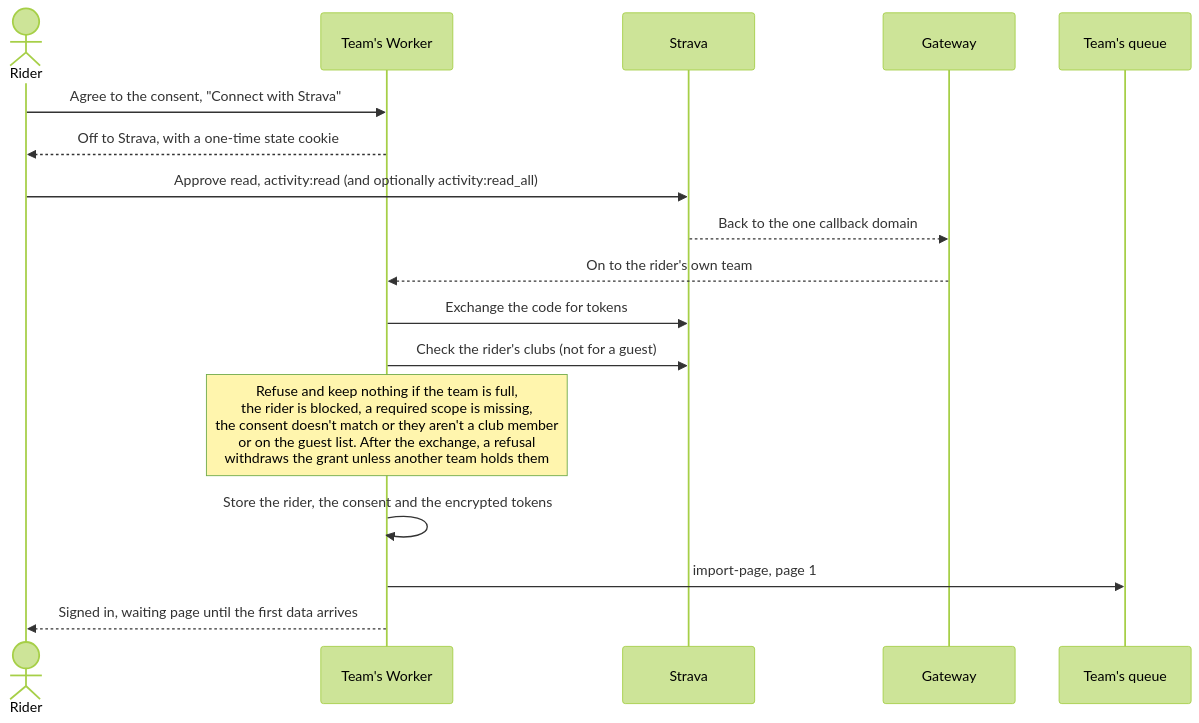
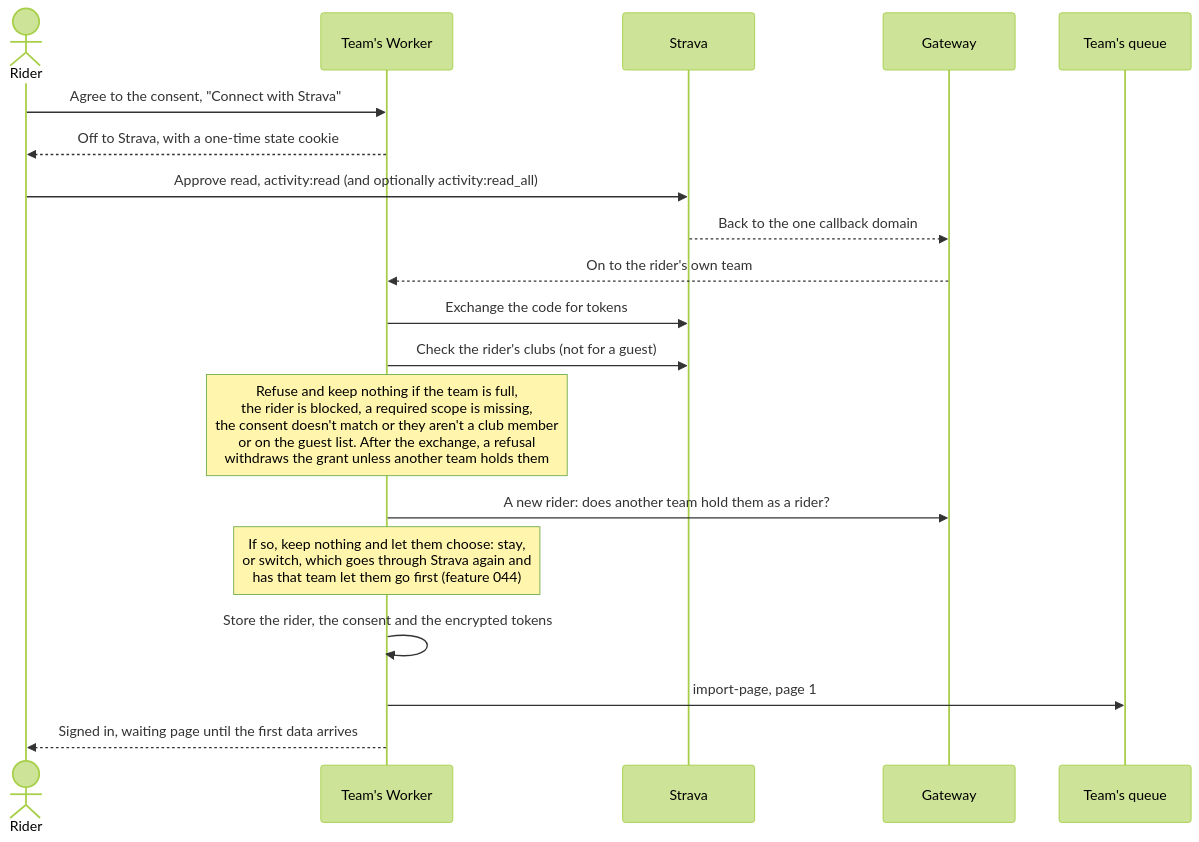
The second of 6 diagrams in docs/how-it-runs.md (SaSteffen/RynkePoints), drawn with Mermaid (forest theme) before and after one commit. The commit also changed other lines of this file and 47 other files, not shown here.

First line of the commit message:
feat: let a rider ride for one team at a time

````diff
--- a/docs/how-it-runs.md
+++ b/docs/how-it-runs.md
@@ -118,20 +121,22 @@
 ```mermaid
 sequenceDiagram
     actor R as Rider
     participant T as Team's Worker
     participant S as Strava
     participant G as Gateway
     participant Q as Team's queue
 
     R->>T: Agree to the consent, "Connect with Strava"
     T-->>R: Off to Strava, with a one-time state cookie
     R->>S: Approve read, activity:read (and optionally activity:read_all)
     S-->>G: Back to the one callback domain
     G-->>T: On to the rider's own team
     T->>S: Exchange the code for tokens
     T->>S: Check the rider's clubs (not for a guest)
     Note over T: Refuse and keep nothing if the team is full,<br/>the rider is blocked, a required scope is missing,<br/>the consent doesn't match or they aren't a club member<br/>or on the guest list. After the exchange, a refusal<br/>withdraws the grant unless another team holds them
+    T->>G: A new rider: does another team hold them as a rider?
+    Note over T: If so, keep nothing and let them choose: stay,<br/>or switch, which goes through Strava again and<br/>has that team let them go first (feature 044)
     T->>T: Store the rider, the consent and the encrypted tokens
     T->>Q: import-page, page 1
     T-->>R: Signed in, waiting page until the first data arrives
 ```
````
